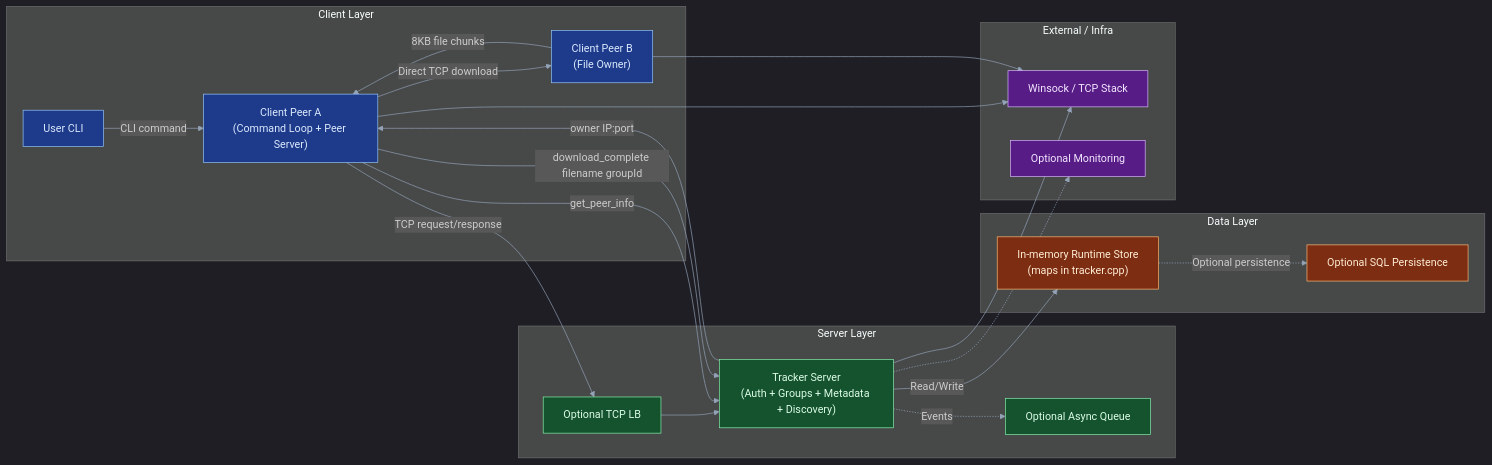
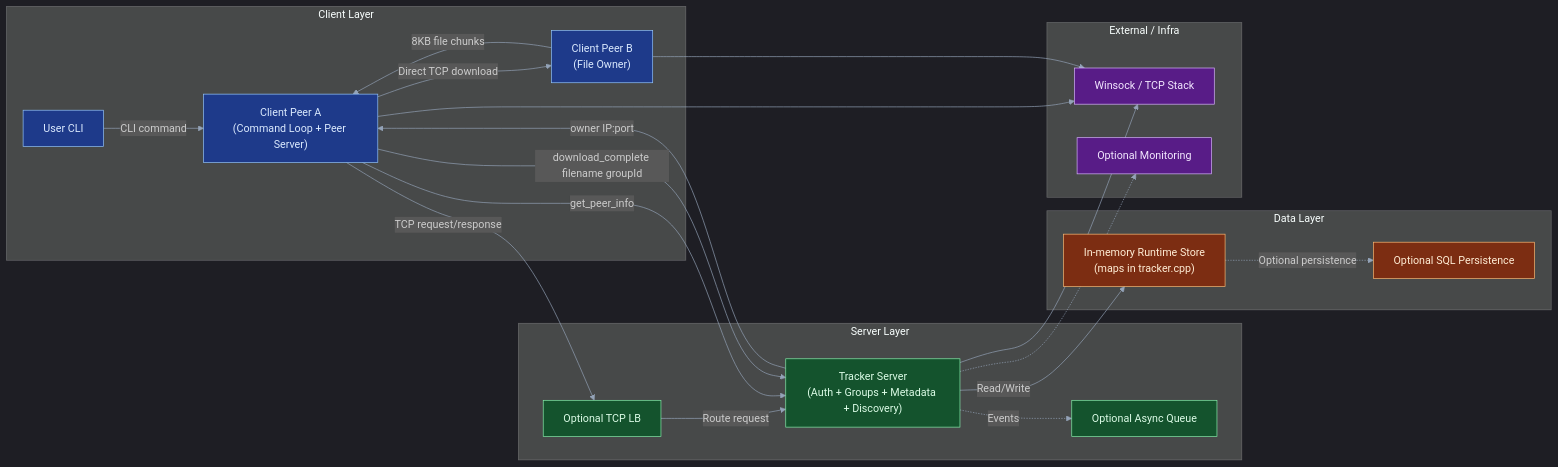
Before and after one commit to gitXsingh/Hybrid-Peer-to-Peer-File-Sharing-System: the fifth of 9 diagrams in SYSTEM_ARCHITECTURE.md, drawn with Mermaid. The commit also changed other lines of this file and 1 other file, not shown here.

````diff
--- a/SYSTEM_ARCHITECTURE.md
+++ b/SYSTEM_ARCHITECTURE.md
@@ -271,54 +266,53 @@
 ```mermaid
 %%{init: {'theme': 'dark', 'themeVariables': { 'primaryColor': '#0f172a', 'primaryTextColor': '#e2e8f0', 'lineColor': '#94a3b8', 'tertiaryColor': '#111827' }}}%%
 flowchart LR
 subgraph CL["Client Layer"]
   U["User CLI"]
   C1["Client Peer A\n(Command Loop + Peer Server)"]
   C2["Client Peer B\n(File Owner)"]
 end
 
 subgraph SL["Server Layer"]
   LB["Optional TCP LB"]
   T["Tracker Server\n(Auth + Groups + Metadata + Discovery)"]
   Q["Optional Async Queue"]
 end
 
 subgraph DL["Data Layer"]
   MEM["In-memory Runtime Store\n(maps in tracker.cpp)"]
   SQL["Optional SQL Persistence"]
 end
 
 subgraph EX["External / Infra"]
   NET["Winsock / TCP Stack"]
   OBS["Optional Monitoring"]
 end
 
 U -->|CLI command| C1
-C1 -->|TCP request/response| LB --> T
+C1 -->|TCP request/response| LB
+LB -->|Route request| T
 T -->|Read/Write| MEM
 MEM -.->|Optional persistence| SQL
 C1 -->|get_peer_info| T
 T -->|owner IP:port| C1
 C1 -->|Direct TCP download| C2
 C2 -->|8KB file chunks| C1
 C1 -->|download_complete filename groupId| T
 T -.->|Events| Q
 T --> NET
 C1 --> NET
 C2 --> NET
 T -.-> OBS
 
 classDef frontend fill:#1e3a8a,stroke:#93c5fd,color:#dbeafe;
 classDef backend fill:#14532d,stroke:#86efac,color:#dcfce7;
 classDef database fill:#7c2d12,stroke:#fdba74,color:#ffedd5;
 classDef external fill:#581c87,stroke:#d8b4fe,color:#f3e8ff;
 
 class U,C1,C2 frontend;
 class LB,T,Q backend;
 class MEM,SQL database;
 class NET,OBS external;
 
-click C1 "client.cpp" "Client-side command and transfer logic"
-click T "tracker.cpp" "Tracker metadata and coordination logic"
-click MEM "tracker.cpp" "In-memory data structures"
+%% Click actions removed for GitHub parser compatibility
 ```
````
